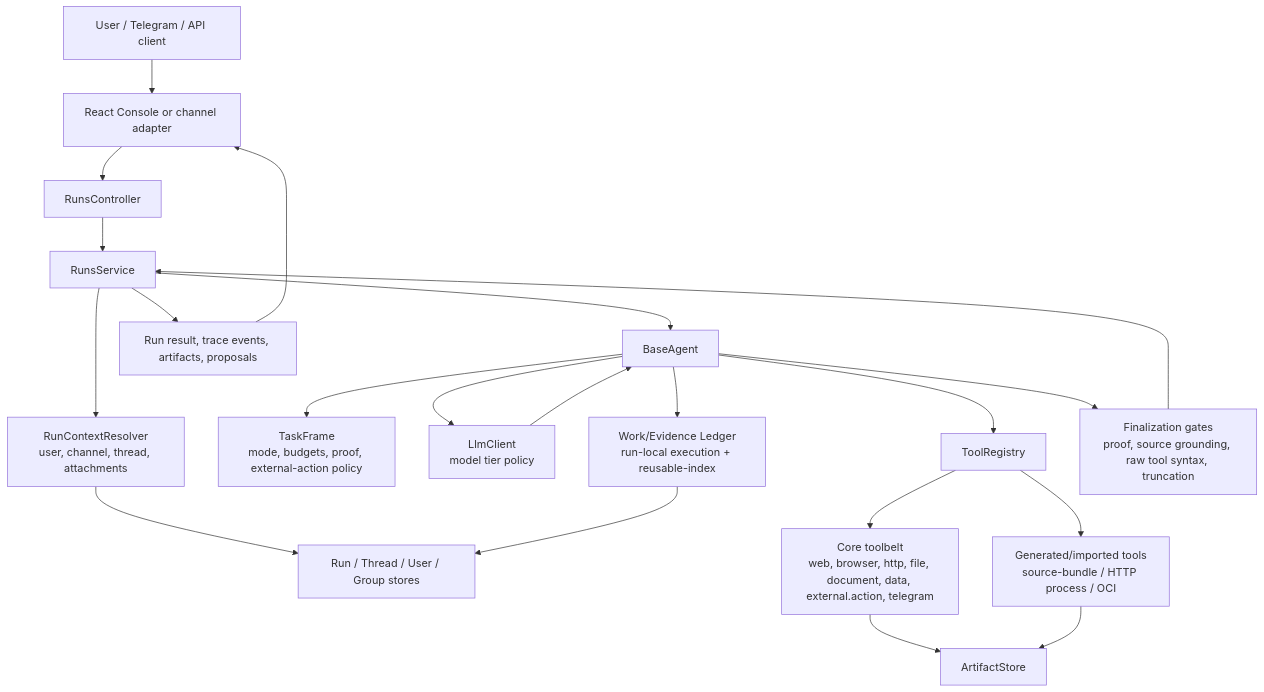
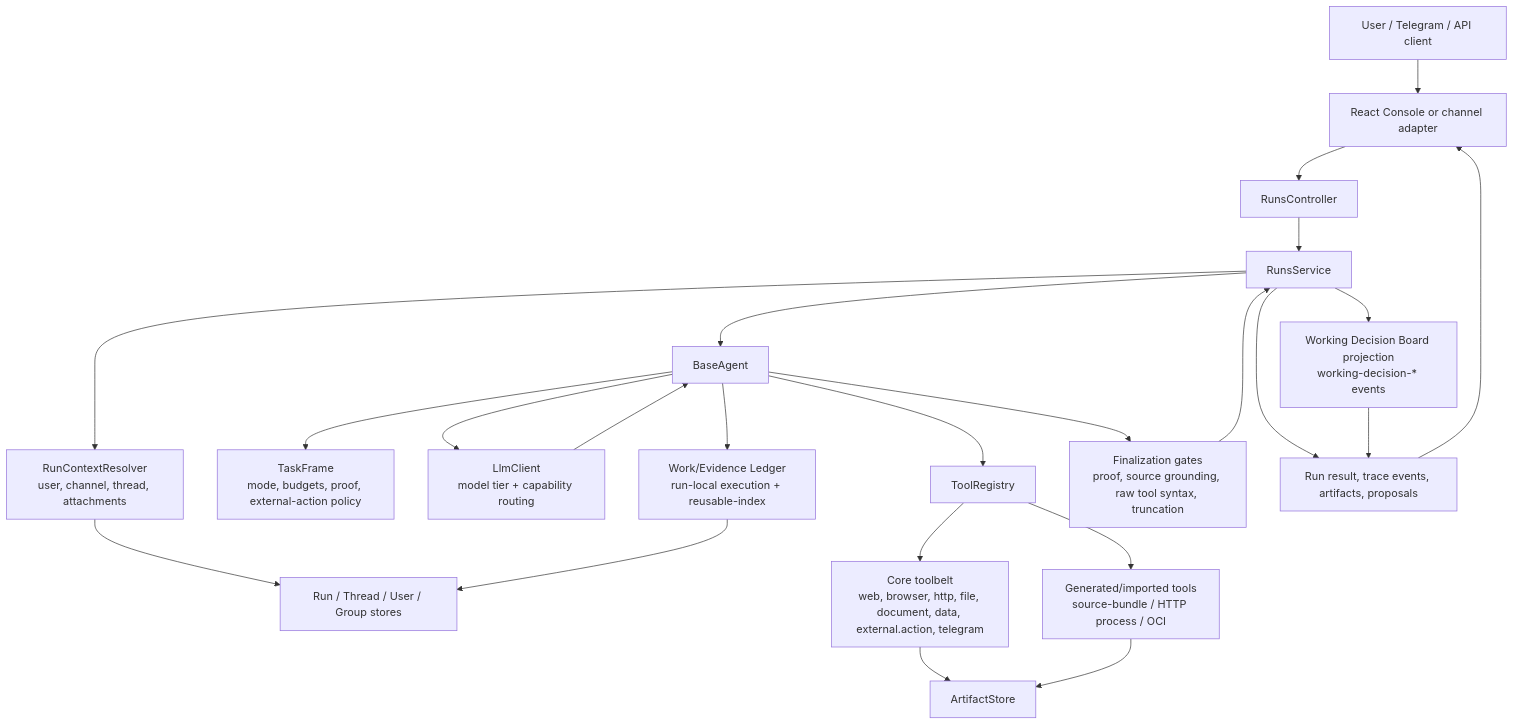
Before and after one commit to ruler47/agentic: the first of 8 diagrams in docs/current-architecture.md, drawn with Mermaid. The commit also changed other lines of this file and 63 other files, not shown here.

Commit message:
Complete run observability and working board

````diff
--- a/docs/current-architecture.md
+++ b/docs/current-architecture.md
@@ -19,23 +19,25 @@
 ```mermaid
 flowchart TD
   U["User / Telegram / API client"] --> UI["React Console or channel adapter"]
   UI --> RC["RunsController"]
   RC --> RS["RunsService"]
   RS --> CR["RunContextResolver\nuser, channel, thread, attachments"]
   CR --> Stores["Run / Thread / User / Group stores"]
+  RS --> WDB["Working Decision Board projection\nworking-decision-* events"]
   RS --> BA["BaseAgent"]
   BA --> TF["TaskFrame\nmode, budgets, proof, external-action policy"]
-  BA --> LLM["LlmClient\nmodel tier policy"]
+  BA --> LLM["LlmClient\nmodel tier + capability routing"]
   LLM --> BA
   BA --> TR["ToolRegistry"]
   BA --> WL["Work/Evidence Ledger\nrun-local execution + reusable-index"]
   TR --> CT["Core toolbelt\nweb, browser, http, file, document, data, external.action, telegram"]
   TR --> GT["Generated/imported tools\nsource-bundle / HTTP process / OCI"]
   CT --> AR["ArtifactStore"]
   GT --> AR
   WL --> Stores
   BA --> FG["Finalization gates\nproof, source grounding, raw tool syntax, truncation"]
   FG --> RS
   RS --> API["Run result, trace events, artifacts, proposals"]
+  WDB --> API
   API --> UI
 ```
````
